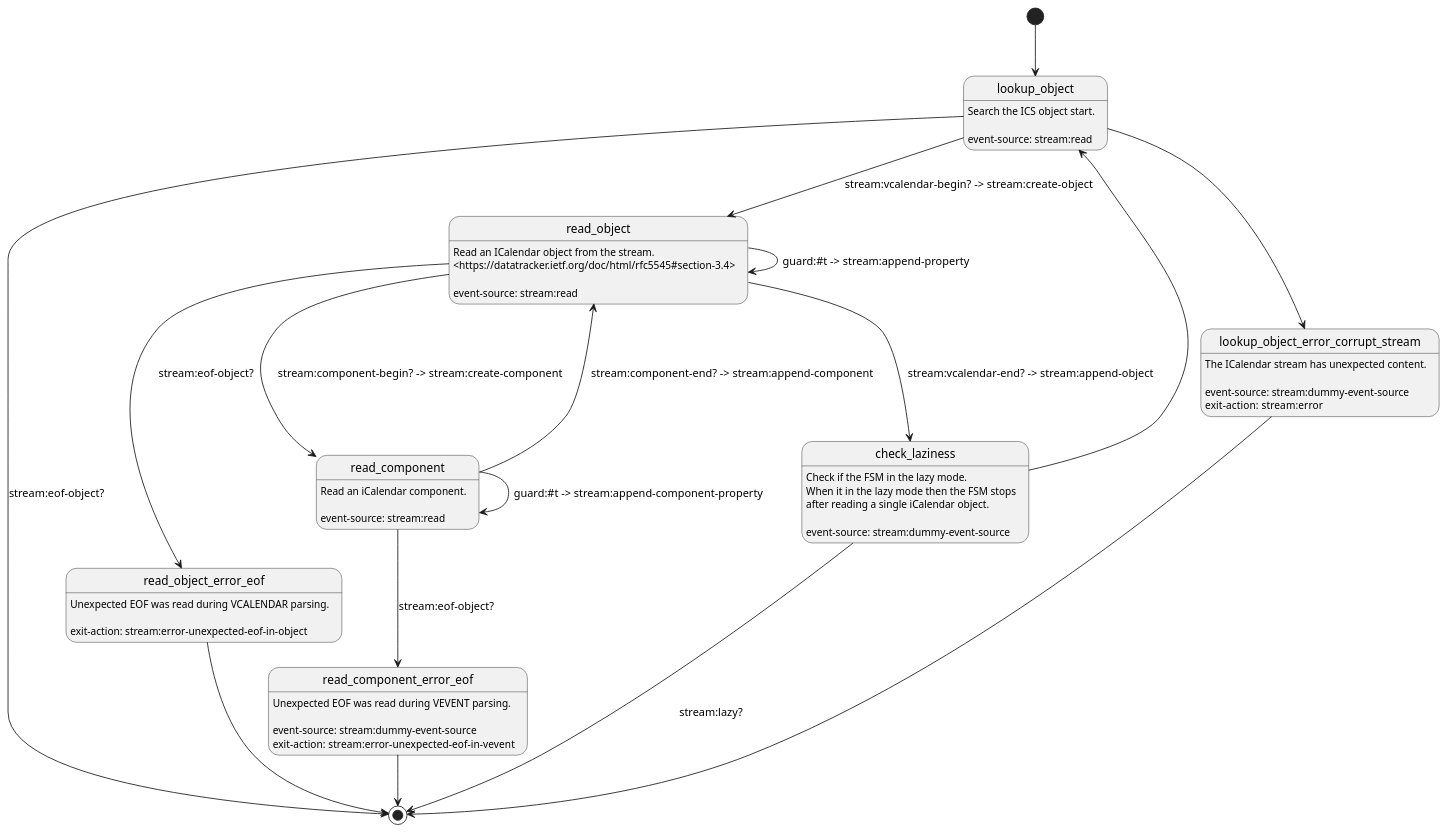
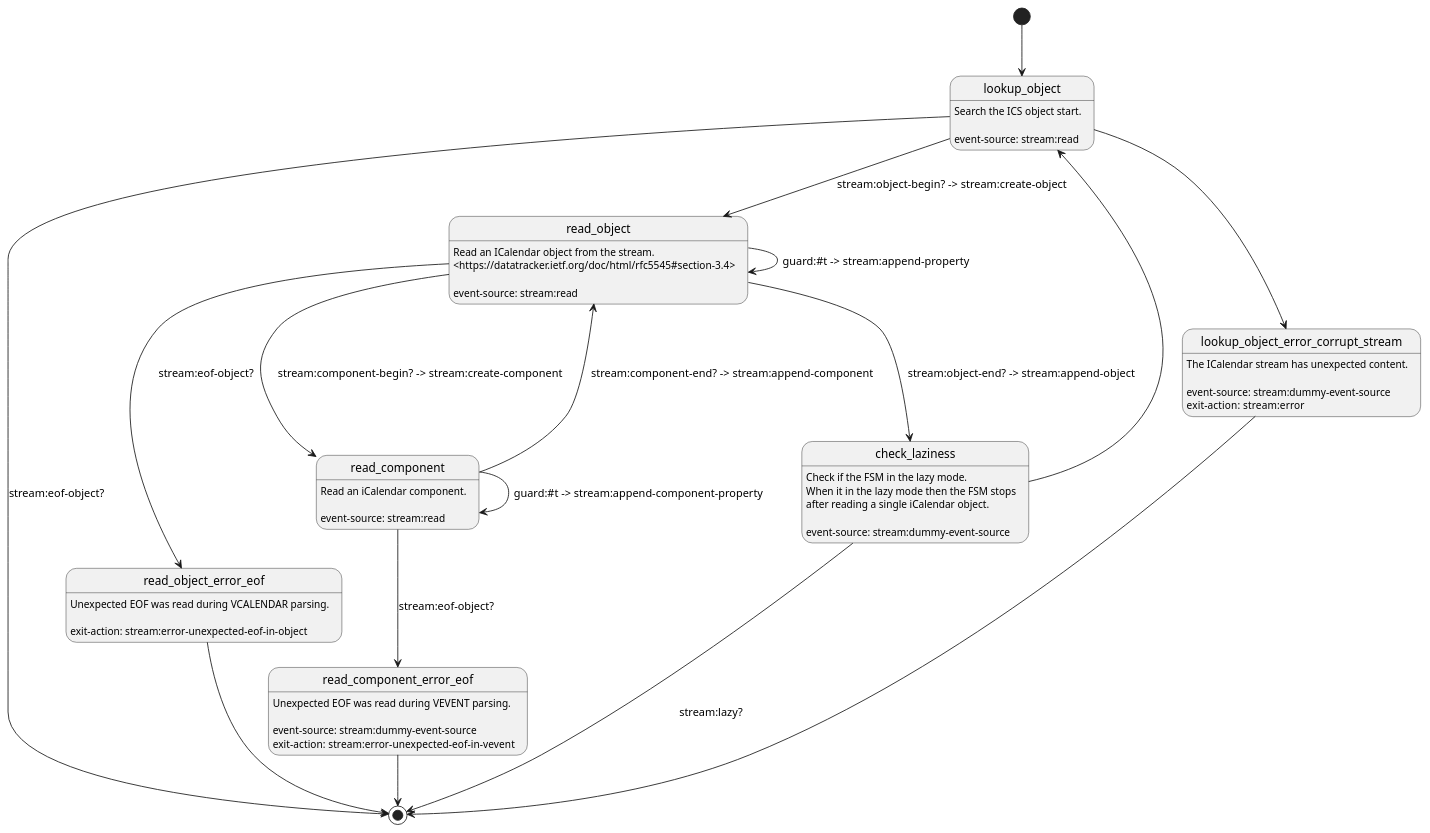
Before and after one commit to artyom-poptsov/guile-ics: the diagram in modules/ics/fsm/stream-parser.puml, drawn with PlantUML. The commit also changed 1 other file, not shown here.

Commit message:
stream-context (stream:vcalendar-{begin,end}?): Rename
* modules/ics/fsm/stream-context.scm (stream:vcalendar-begin?): Rename to
  "stream:object-begin?".
  (stream:vcalendar-end?): Rename to "stream:object-end?".
* modules/ics/fsm/stream-parser.puml: Update.

```diff
--- a/modules/ics/fsm/stream-parser.puml
+++ b/modules/ics/fsm/stream-parser.puml
@@ -1,52 +1,52 @@
 @startuml
 [*] --> lookup_object
 
 lookup_object: Search the ICS object start.
 lookup_object:
 lookup_object: event-source: stream:read
 lookup_object --> [*]:         stream:eof-object?
-lookup_object --> read_object: stream:vcalendar-begin? -> stream:create-object
+lookup_object --> read_object: stream:object-begin? -> stream:create-object
 lookup_object --> lookup_object_error_corrupt_stream
 
 lookup_object_error_corrupt_stream: The ICalendar stream has unexpected content.
 lookup_object_error_corrupt_stream:
 lookup_object_error_corrupt_stream: event-source: stream:dummy-event-source
 lookup_object_error_corrupt_stream: exit-action:  stream:error
 lookup_object_error_corrupt_stream --> [*]
 
 read_object: Read an ICalendar object from the stream.
 read_object: <https://datatracker.ietf.org/doc/html/rfc5545#section-3.4>
 read_object:
 read_object: event-source: stream:read
 read_object --> read_object_error_eof:  stream:eof-object?
-read_object --> check_laziness:         stream:vcalendar-end? -> stream:append-object
+read_object --> check_laziness:         stream:object-end? -> stream:append-object
 read_object --> read_component:            stream:component-begin? -> stream:create-component
 read_object --> read_object:            guard:#t -> stream:append-property
 
 check_laziness: Check if the FSM in the lazy mode.
 check_laziness: When it in the lazy mode then the FSM stops
 check_laziness: after reading a single iCalendar object.
 check_laziness:
 check_laziness: event-source: stream:dummy-event-source
 check_laziness --> [*]: stream:lazy?
 check_laziness --> lookup_object
 
 read_object_error_eof: Unexpected EOF was read during VCALENDAR parsing.
 read_object_error_eof:
 read_object_error_eof: exit-action: stream:error-unexpected-eof-in-object
 read_object_error_eof -> [*]
 
 read_component: Read an iCalendar component.
 read_component:
 read_component: event-source: stream:read
 read_component --> read_component_error_eof:  stream:eof-object?
 read_component --> read_object:               stream:component-end? -> stream:append-component
 read_component --> read_component:            guard:#t -> stream:append-component-property
 
 read_component_error_eof: Unexpected EOF was read during VEVENT parsing.
 read_component_error_eof:
 read_component_error_eof: event-source: stream:dummy-event-source
 read_component_error_eof: exit-action:  stream:error-unexpected-eof-in-vevent
 read_component_error_eof --> [*]
 
 @enduml
```
